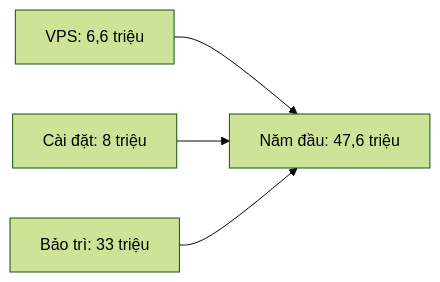
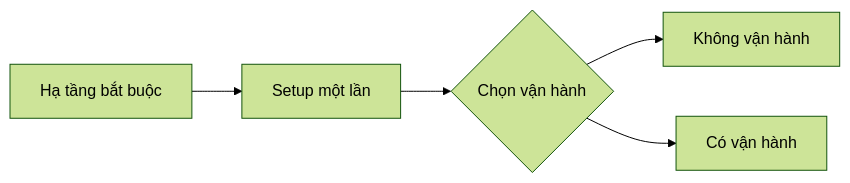
The diagram in costs/README.md (LeeTun2k2/insumart-docs), drawn with Mermaid (forest theme) before and after one commit. The commit also changed other lines of this file and 6 other files, not shown here.

````diff
--- a/costs/README.md
+++ b/costs/README.md
@@ -126,6 +13,7 @@
 ```mermaid
 flowchart LR
-    VPS[VPS: 6,6 triệu] --> Tong[Năm đầu: 47,6 triệu]
-    CaiDat[Cài đặt: 8 triệu] --> Tong
-    BaoTri[Bảo trì: 33 triệu] --> Tong
+    HaTang[Hạ tầng bắt buộc] --> Setup[Setup một lần]
+    Setup --> VanHanh{Chọn vận hành}
+    VanHanh --> Khong[Không vận hành]
+    VanHanh --> Co[Có vận hành]
 ```
````
